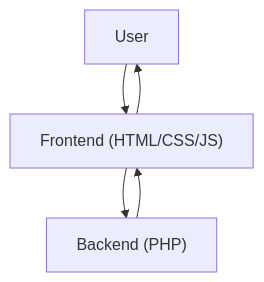
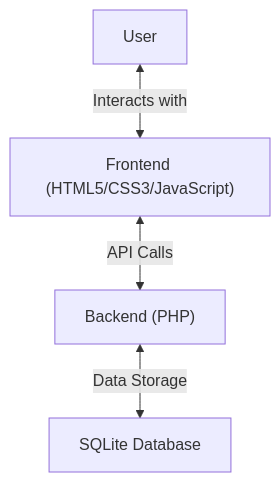
One commit to Manavarya09/Tendercare-website changed the diagram in README.md. Above: the diagram before and after it, drawn with Mermaid. The commit also changed other lines of this file, not shown here.

````diff
--- a/README.md
+++ b/README.md
@@ -5,11 +17,11 @@
 ```mermaid
 flowchart TD
   User["User"]
-  Frontend["Frontend (HTML/CSS/JS)"]
+  Frontend["Frontend (HTML5/CSS3/JavaScript)"]
   Backend["Backend (PHP)"]
-
-  User --> Frontend
-  Frontend --> Backend
-  Backend --> Frontend
-  Frontend --> User
+  Database["SQLite Database"]
+  
+  User <-->|Interacts with| Frontend
+  Frontend <-->|API Calls| Backend
+  Backend <-->|Data Storage| Database
 ```
````
